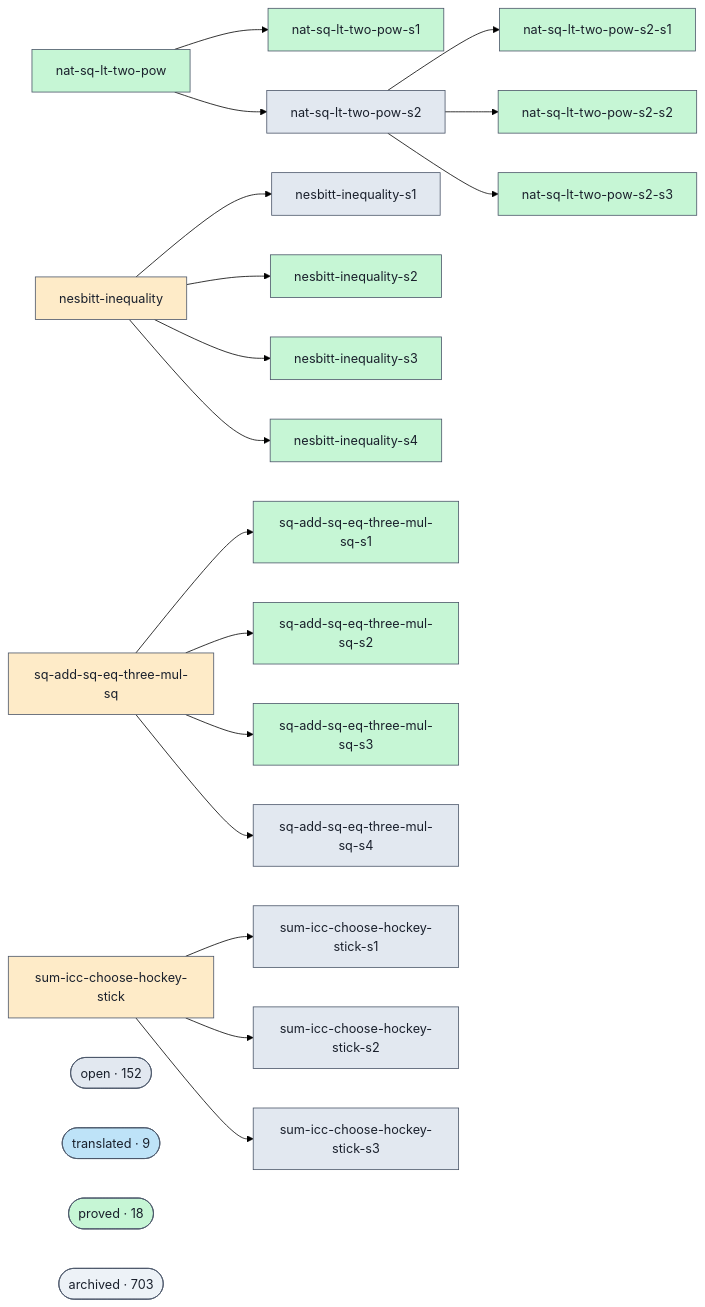
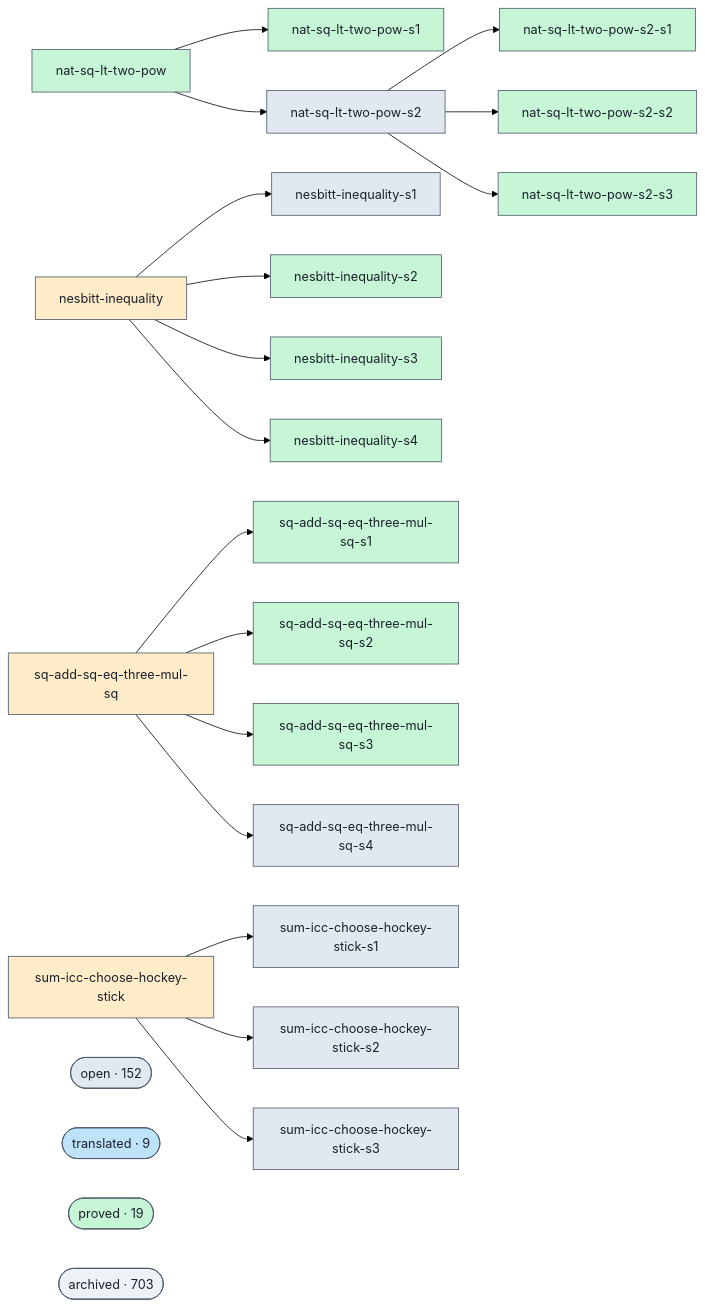
Before and after one commit to ohdearquant/unsorry: the diagram in docs/proofs-contributors-visualisation.md, drawn with Mermaid (forest theme). The commit also changed other lines of this file and 2 other files, not shown here.

```diff
--- a/docs/proofs-contributors-visualisation.md
+++ b/docs/proofs-contributors-visualisation.md
@@ -102,7 +102,7 @@
   class cluster_open open;
   cluster_translated(["translated · 9"])
   class cluster_translated translated;
-  cluster_proved(["proved · 18"])
+  cluster_proved(["proved · 19"])
   class cluster_proved proved;
   cluster_archived(["archived · 703"])
   class cluster_archived unknown;
```
